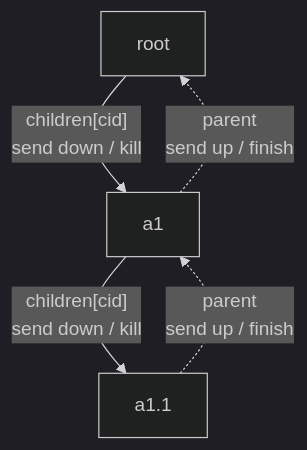
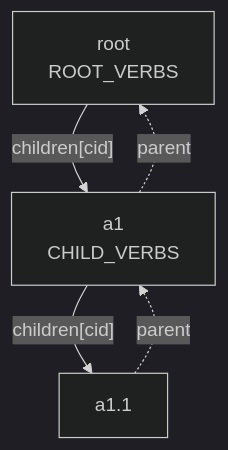
One commit to DarkSpaceY/NAN-itself changed the third of 7 diagrams in docs/for-contributors/architecture.md. Above: the diagram before and after it, drawn with Mermaid (dark theme). The commit also changed other lines of this file and 14 other files, not shown here.

````diff
--- a/docs/for-contributors/architecture.md
+++ b/docs/for-contributors/architecture.md
@@ -84,7 +235,7 @@
 ```mermaid
 flowchart TD
-    R["root"] -->|"children[cid]<br/>send down / kill"| A["a1"]
-    A -->|"children[cid]<br/>send down / kill"| C["a1.1"]
-    C -.->|"parent<br/>send up / finish"| A
-    A -.->|"parent<br/>send up / finish"| R
+    R["root<br/>ROOT_VERBS"] -->|"children[cid]"| A["a1<br/>CHILD_VERBS"]
+    A -->|"children[cid]"| C["a1.1"]
+    C -.->|"parent"| A
+    A -.->|"parent"| R
 ```
````
